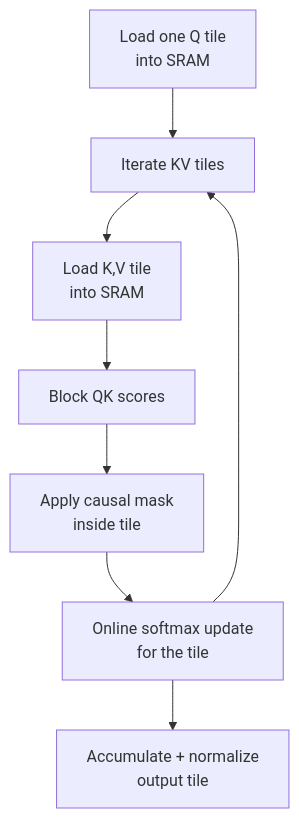
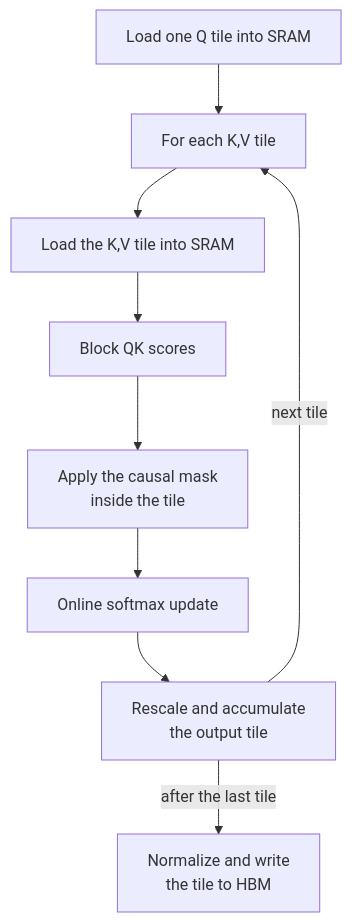
The diagram in walk-the-code/diagrams/tiled_flash.mmd (danilop/micro-gpt-and-beyond), drawn with Mermaid before and after one commit. The commit also changed 80 other files, not shown here.

```diff
--- a/walk-the-code/diagrams/tiled_flash.mmd
+++ b/walk-the-code/diagrams/tiled_flash.mmd
@@ -1,9 +1,9 @@
 graph TD
-    t_load[Load one Q tile<br/>into SRAM]
-    t_load --> t_loop[Iterate KV tiles]
-    t_loop --> t_kv[Load K,V tile<br/>into SRAM]
+    t_load[Load one Q tile into SRAM] --> t_loop[For each K,V tile]
+    t_loop --> t_kv[Load the K,V tile into SRAM]
     t_kv --> t_scores[Block QK scores]
-    t_scores --> t_mask[Apply causal mask<br/>inside tile]
-    t_mask --> t_compute[Online softmax update<br/>for the tile]
-    t_compute --> t_accum[Accumulate + normalize<br/>output tile]
-    t_compute --> t_loop
+    t_scores --> t_mask[Apply the causal mask<br/>inside the tile]
+    t_mask --> t_compute[Online softmax update]
+    t_compute --> t_accum[Rescale and accumulate<br/>the output tile]
+    t_accum -->|next tile| t_loop
+    t_accum -->|after the last tile| t_write[Normalize and write<br/>the tile to HBM]
```
